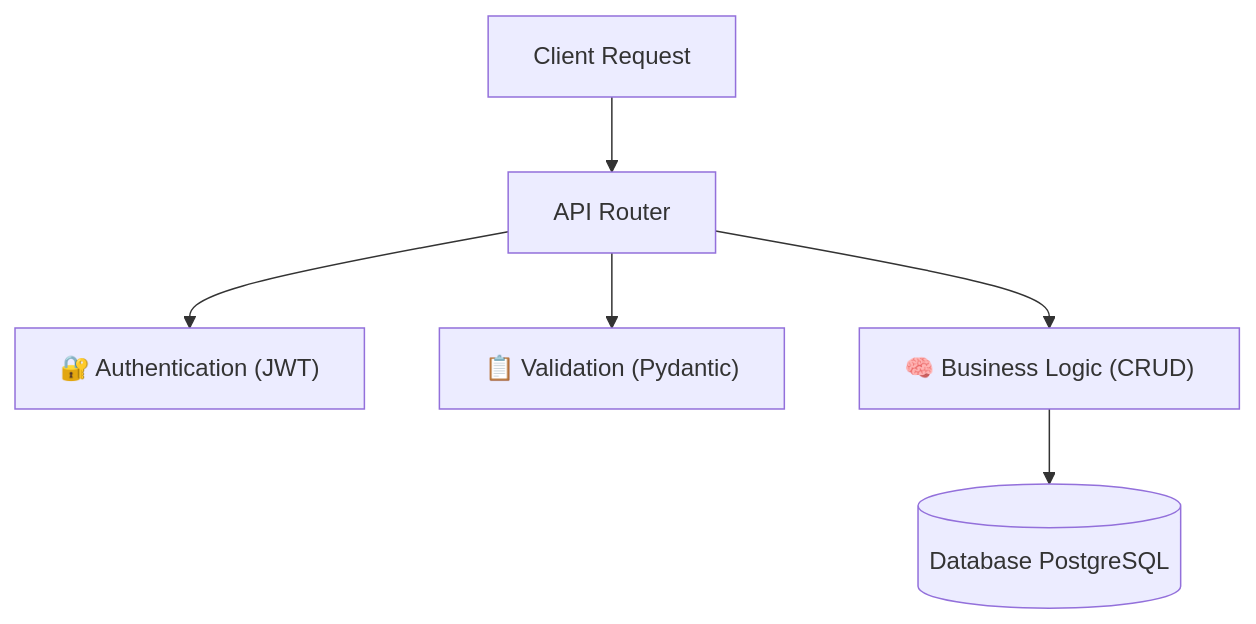
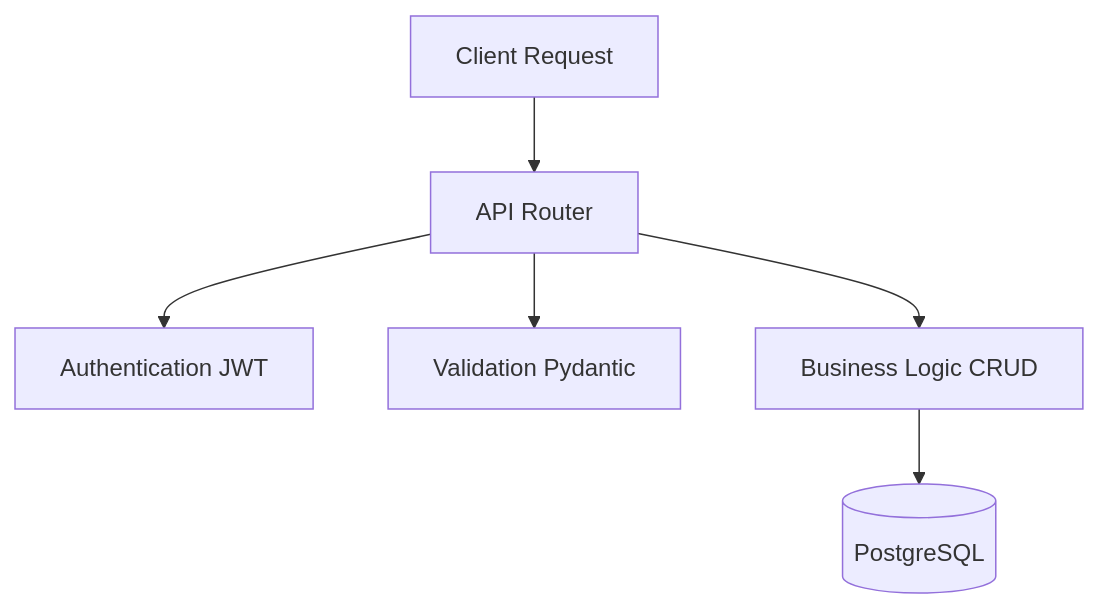
One commit to aidilsaputrakirsan-classroom/cc-kelompok-a-suksesss changed the fourth of 5 diagrams in README.md. Above: the diagram before and after it, drawn with Mermaid. The commit also changed other lines of this file, not shown here.

````diff
--- a/README.md
+++ b/README.md
@@ -144,10 +144,10 @@
 ```mermaid
 graph TD
-    Client["Client Request"] --> Router["API Router"]
+    Client[Client Request] --> Router[API Router]
     
-    Router --> Auth["🔐 Authentication (JWT)"]
-    Router --> Validation["📋 Validation (Pydantic)"]
-    Router --> Logic["🧠 Business Logic (CRUD)"]
+    Router --> Auth[Authentication JWT]
+    Router --> Validation[Validation Pydantic]
+    Router --> Logic[Business Logic CRUD]
     
-    Logic --> DB[("Database PostgreSQL")]
+    Logic --> DB[(PostgreSQL)]
 ```
````
